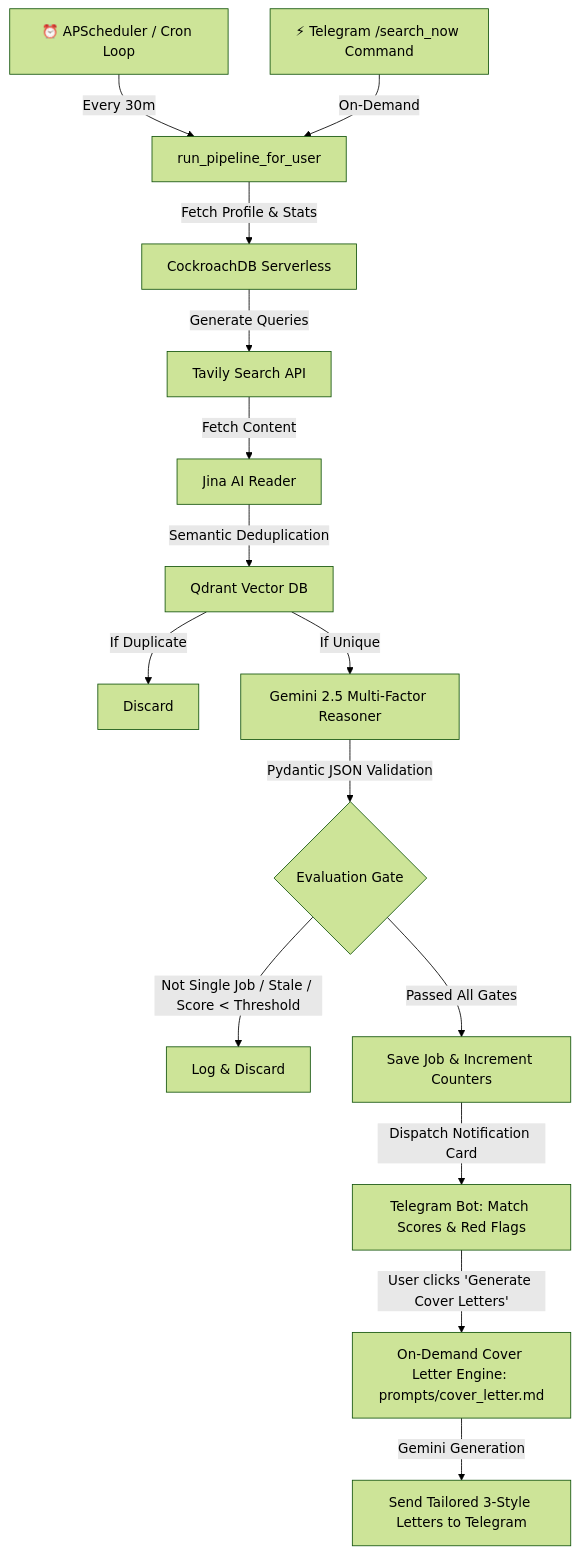
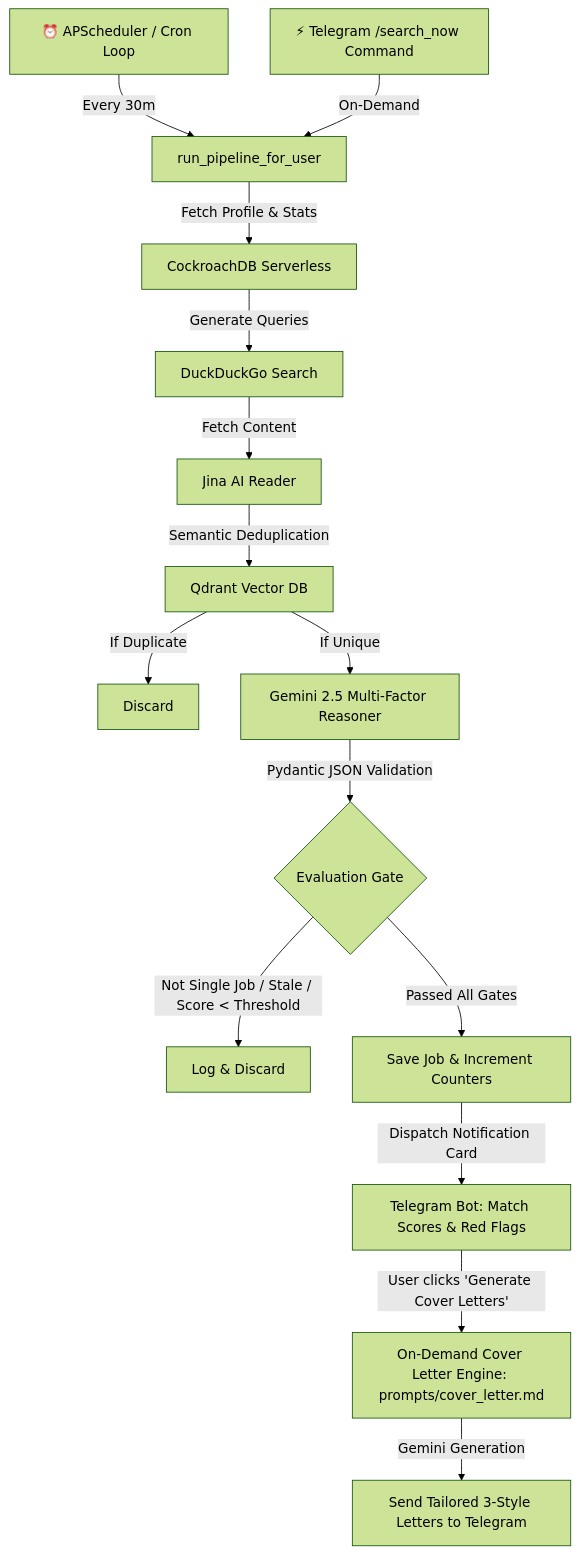
The diagram in docs/architecture.md (bopvlk/job-applicator), drawn with Mermaid (forest theme) before and after one commit. The commit also changed other lines of this file and 8 other files, not shown here.

````diff
--- a/docs/architecture.md
+++ b/docs/architecture.md
@@ -9,17 +9,17 @@
 ```mermaid
 graph TD
     A1[⏰ APScheduler / Cron Loop] -->|Every 30m| B[run_pipeline_for_user]
     A2[⚡ Telegram /search_now Command] -->|On-Demand| B
     B -->|Fetch Profile & Stats| C[CockroachDB Serverless]
-    C -->|Generate Queries| D[Tavily Search API]
+    C -->|Generate Queries| D[DuckDuckGo Search]
     D -->|Fetch Content| E[Jina AI Reader]
     E -->|Semantic Deduplication| F[Qdrant Vector DB]
     F -->|If Duplicate| G[Discard]
     F -->|If Unique| H[Gemini 2.5 Multi-Factor Reasoner]
     H -->|Pydantic JSON Validation| I{Evaluation Gate}
     I -->|Not Single Job / Stale / Score < Threshold| J[Log & Discard]
     I -->|Passed All Gates| K[Save Job & Increment Counters]
     K -->|Dispatch Notification Card| L[Telegram Bot: Match Scores & Red Flags]
     L -->|User clicks 'Generate Cover Letters'| M[On-Demand Cover Letter Engine: prompts/cover_letter.md]
     M -->|Gemini Generation| N[Send Tailored 3-Style Letters to Telegram]
 ```
````
